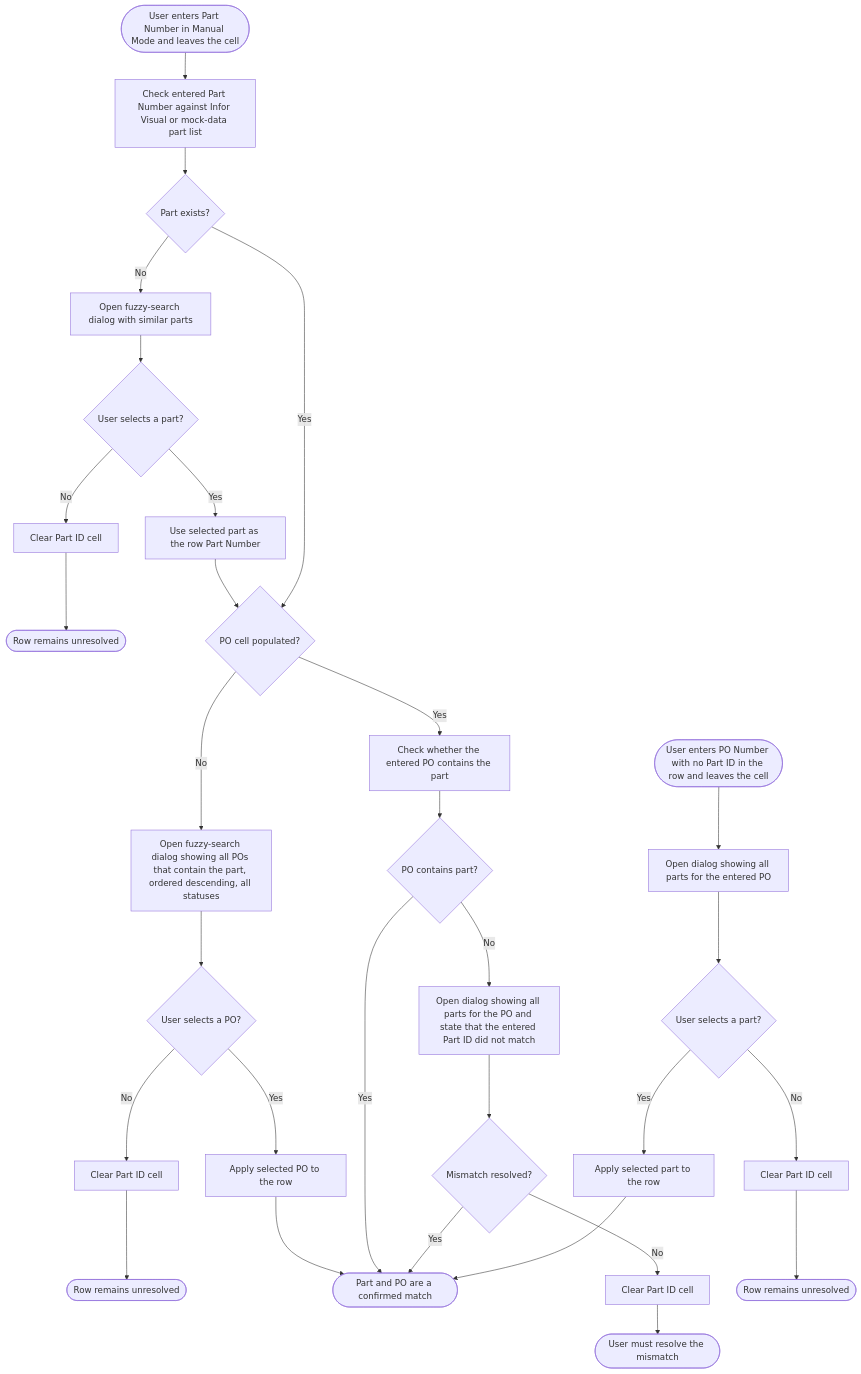
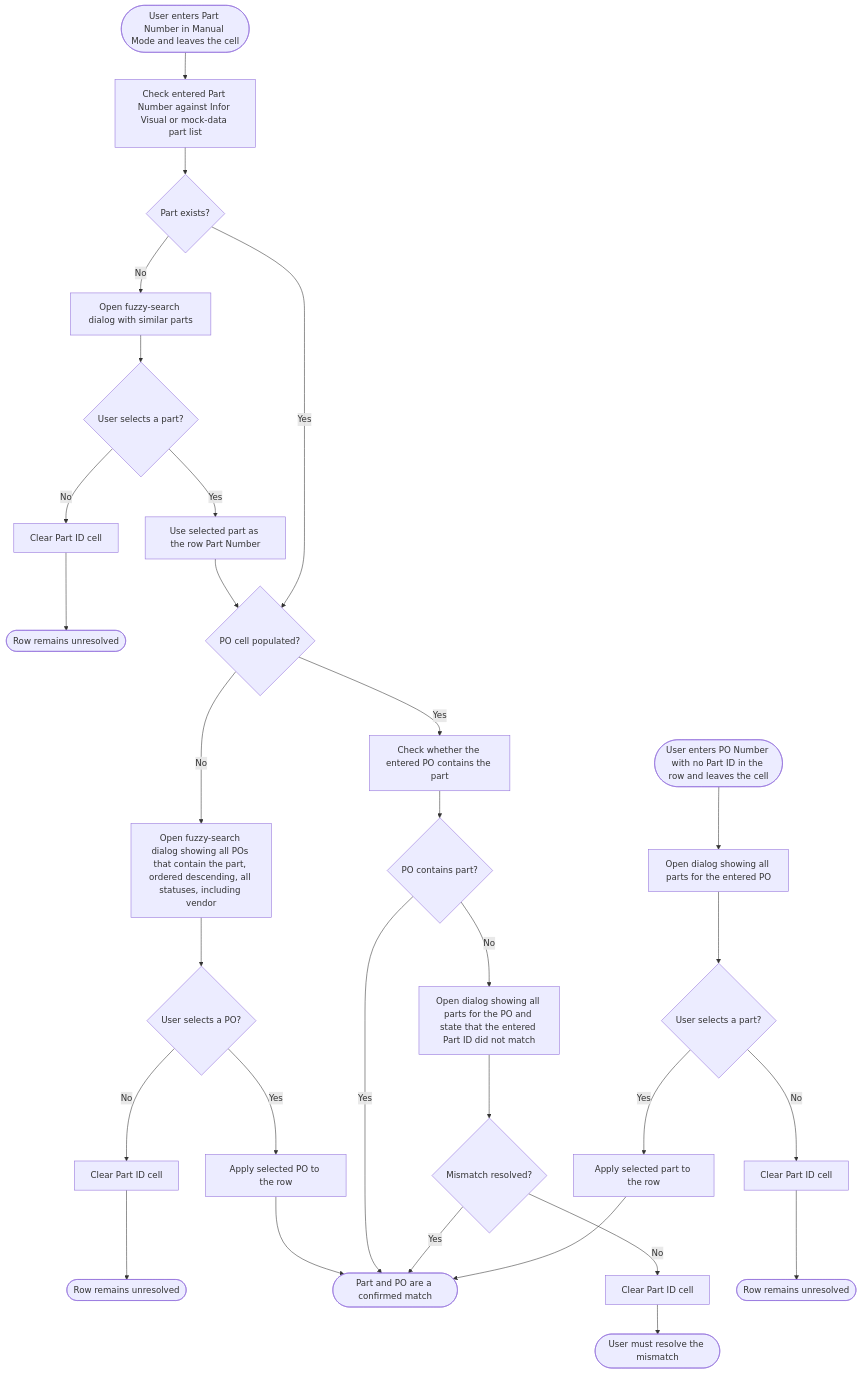
One commit to JDKoll1982/MTM_Receiving_Application changed the second of 2 diagrams in docs/Modules/Module_Receiving/Manual-Mode-Part-PO-Workflow-Comparison.md. Above: the diagram before and after it, drawn with Mermaid. The commit also changed 10 other files, not shown here.

Commit message:
Implement Manual Mode part and PO resolution with fuzzy search support; add related SQL query and update documentation

````diff
--- a/docs/Modules/Module_Receiving/Manual-Mode-Part-PO-Workflow-Comparison.md
+++ b/docs/Modules/Module_Receiving/Manual-Mode-Part-PO-Workflow-Comparison.md
@@ -36,33 +36,33 @@
 ```mermaid
 flowchart TD
   WInt_Start([User enters Part Number in Manual Mode and leaves the cell]) --> WInt_CheckPart[Check entered Part Number against Infor Visual or mock-data part list]
   WInt_CheckPart --> WInt_PartFound{Part exists?}
   WInt_PartFound -->|No| WInt_ShowPartFuzzy[Open fuzzy-search dialog with similar parts]
   WInt_ShowPartFuzzy --> WInt_UserChoosesPart{User selects a part?}
   WInt_UserChoosesPart -->|No| WInt_ClearPartAfterPartCancel[Clear Part ID cell]
   WInt_ClearPartAfterPartCancel --> WInt_PartCancelEnd([Row remains unresolved])
   WInt_UserChoosesPart -->|Yes| WInt_UseChosenPart[Use selected part as the row Part Number]
   WInt_UseChosenPart --> WInt_CheckPOCell
   WInt_PartFound -->|Yes| WInt_CheckPOCell{PO cell populated?}
-  WInt_CheckPOCell -->|No| WInt_ShowPOList[Open fuzzy-search dialog showing all POs that contain the part, ordered descending, all statuses]
+  WInt_CheckPOCell -->|No| WInt_ShowPOList[Open fuzzy-search dialog showing all POs that contain the part, ordered descending, all statuses, including vendor]
   WInt_ShowPOList --> WInt_UserChoosesPO{User selects a PO?}
   WInt_UserChoosesPO -->|No| WInt_ClearPartAfterPoCancel[Clear Part ID cell]
   WInt_ClearPartAfterPoCancel --> WInt_POCancelEnd([Row remains unresolved])
   WInt_UserChoosesPO -->|Yes| WInt_ApplyPO[Apply selected PO to the row]
   WInt_ApplyPO --> WInt_Done([Part and PO are a confirmed match])
   WInt_CheckPOCell -->|Yes| WInt_CheckPOContainsPart[Check whether the entered PO contains the part]
   WInt_CheckPOContainsPart --> WInt_POHasPart{PO contains part?}
   WInt_POHasPart -->|Yes| WInt_Done
   WInt_POHasPart -->|No| WInt_ShowPOMismatch[Open dialog showing all parts for the PO and state that the entered Part ID did not match]
   WInt_ShowPOMismatch --> WInt_MismatchResolved{Mismatch resolved?}
   WInt_MismatchResolved -->|Yes| WInt_Done
   WInt_MismatchResolved -->|No| WInt_ClearPartAfterMismatch[Clear Part ID cell]
   WInt_ClearPartAfterMismatch --> WInt_MismatchEnd([User must resolve the mismatch])
 
   WInt_POFirstStart([User enters PO Number with no Part ID in the row and leaves the cell]) --> WInt_ShowPoParts[Open dialog showing all parts for the entered PO]
   WInt_ShowPoParts --> WInt_UserChoosesPoPart{User selects a part?}
   WInt_UserChoosesPoPart -->|Yes| WInt_ApplyPoPart[Apply selected part to the row]
   WInt_ApplyPoPart --> WInt_Done
   WInt_UserChoosesPoPart -->|No| WInt_ClearPartAfterPoFirstCancel[Clear Part ID cell]
   WInt_ClearPartAfterPoFirstCancel --> WInt_PoFirstUnresolved([Row remains unresolved])
 ```
````
